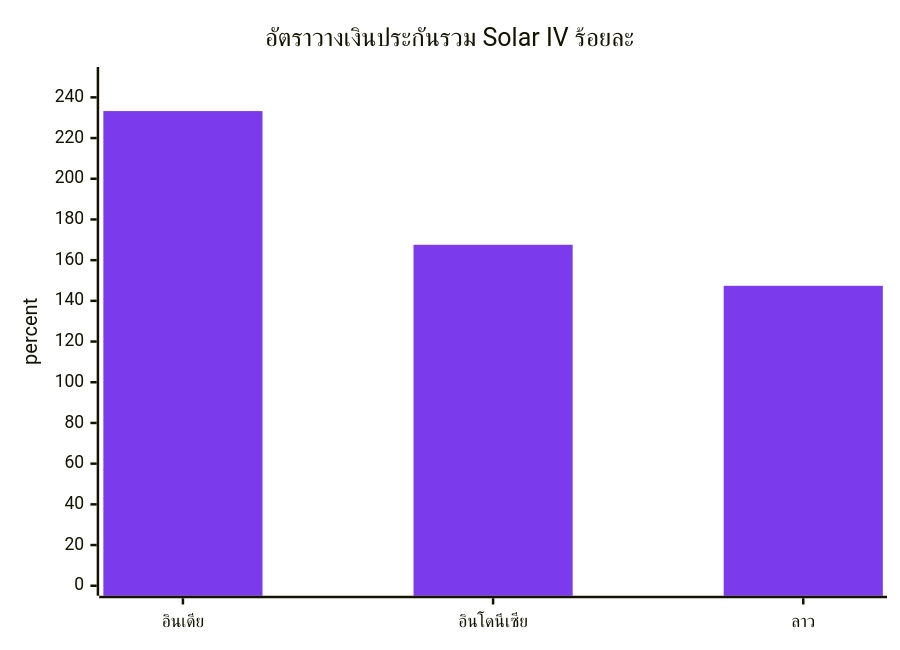
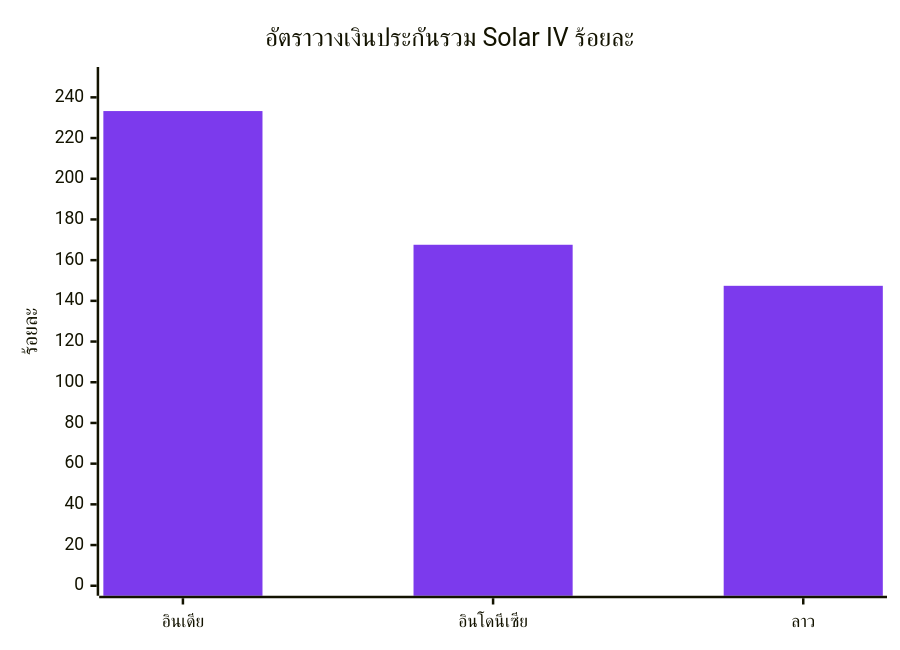
Before and after one commit to dureach/research: the second of 9 diagrams in Global-Trade-Intelligence-weekly-2026-11-09/index.th.md, drawn with Mermaid. The commit also changed other lines of this file and 5 other files, not shown here.

````diff
--- a/Global-Trade-Intelligence-weekly-2026-11-09/index.th.md
+++ b/Global-Trade-Intelligence-weekly-2026-11-09/index.th.md
@@ -222,8 +222,8 @@
 ```mermaid
 %%{init: {'theme': 'base', 'themeVariables': {'xyChart': {'plotColorPalette': '#7c3aed'}}}}%%
 xychart-beta
     title "อัตราวางเงินประกันรวม Solar IV ร้อยละ"
     x-axis ["อินเดีย", "อินโดนีเซีย", "ลาว"]
-    y-axis "percent" 0 --> 250
+    y-axis "ร้อยละ" 0 --> 250
     bar [233.26, 167.56, 147.39]
 ```
````
